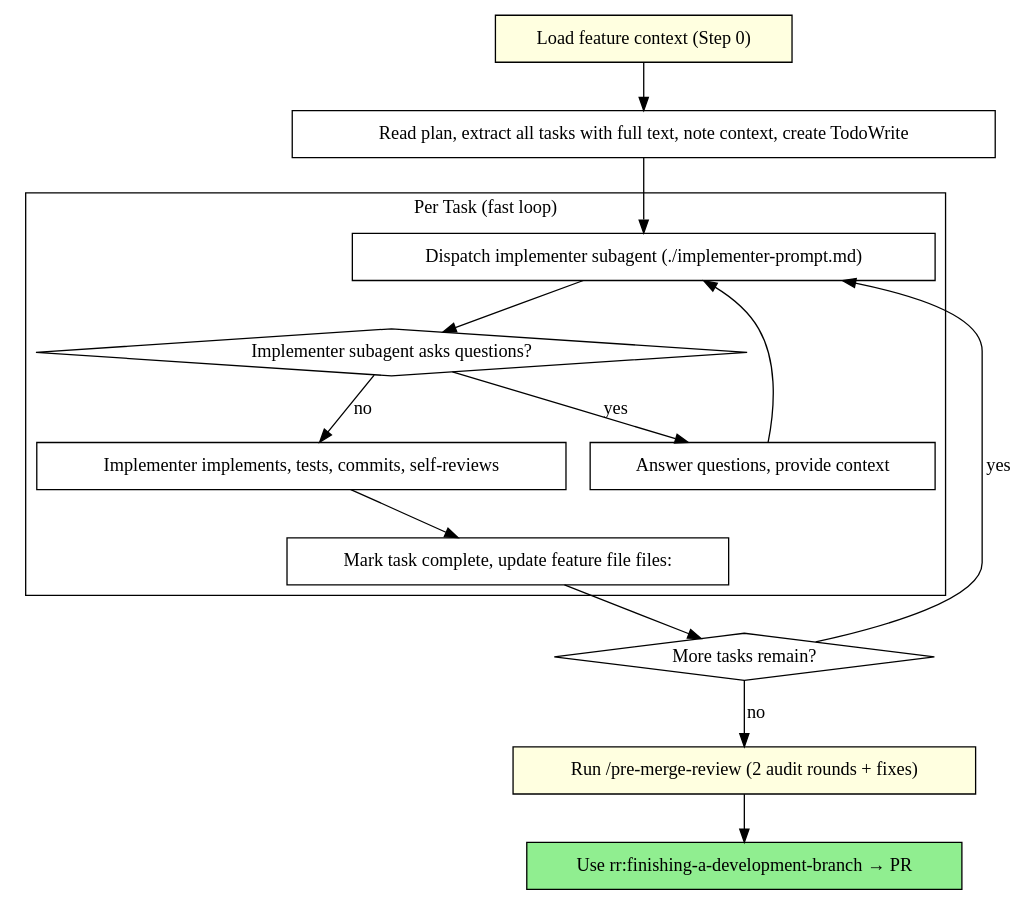
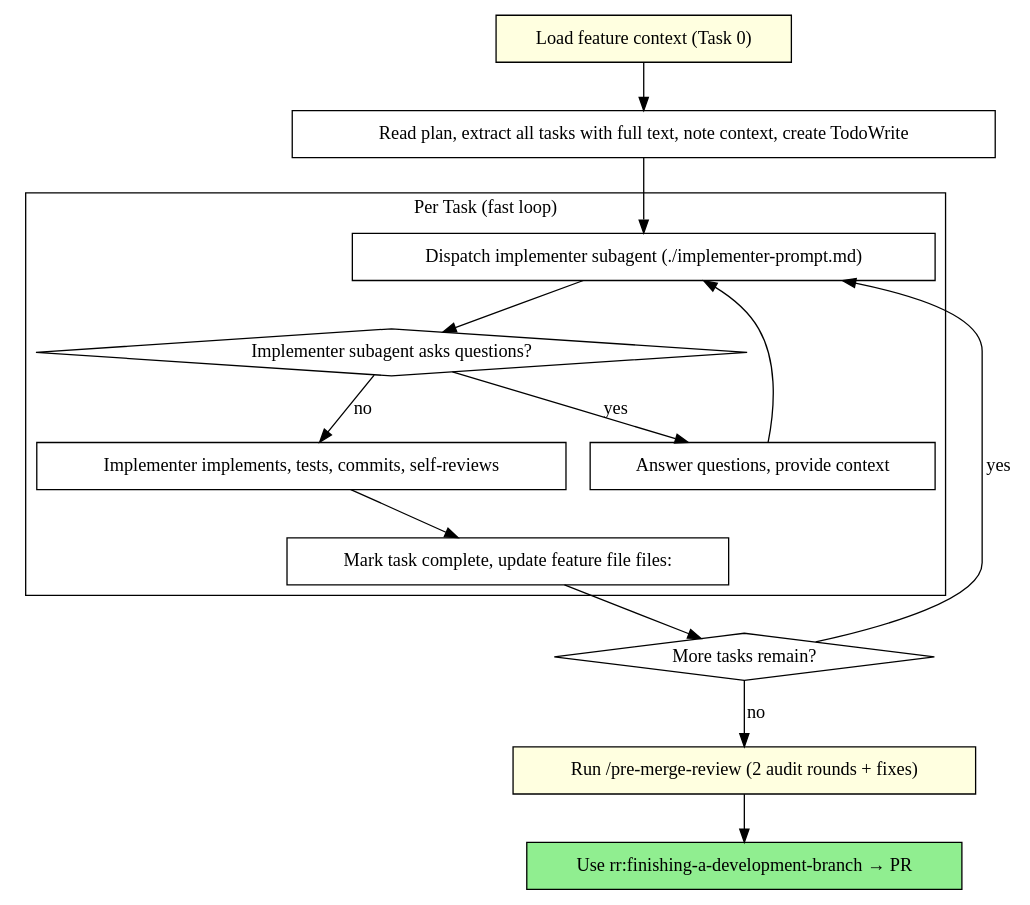
Before and after one commit to kulfix/rezavo-plugins: the second of 2 diagrams in plugins/rr/skills/subagent-driven-development/SKILL.md, drawn with Graphviz. The commit also changed other lines of this file and 13 other files, not shown here.

First line of the commit message:
refactor(rr): rename Step→Task in all 10 skills

````diff
--- a/plugins/rr/skills/subagent-driven-development/SKILL.md
+++ b/plugins/rr/skills/subagent-driven-development/SKILL.md
@@ -88,33 +88,33 @@
 ```dot
 digraph process {
     rankdir=TB;
 
-    "Load feature context (Step 0)" [shape=box style=filled fillcolor=lightyellow];
+    "Load feature context (Task 0)" [shape=box style=filled fillcolor=lightyellow];
 
     subgraph cluster_per_task {
         label="Per Task (fast loop)";
         "Dispatch implementer subagent (./implementer-prompt.md)" [shape=box];
         "Implementer subagent asks questions?" [shape=diamond];
         "Answer questions, provide context" [shape=box];
         "Implementer implements, tests, commits, self-reviews" [shape=box];
         "Mark task complete, update feature file files:" [shape=box];
     }
 
     "Read plan, extract all tasks with full text, note context, create TodoWrite" [shape=box];
     "More tasks remain?" [shape=diamond];
     "Run /pre-merge-review (2 audit rounds + fixes)" [shape=box style=filled fillcolor=lightyellow];
     "Use rr:finishing-a-development-branch → PR" [shape=box style=filled fillcolor=lightgreen];
 
-    "Load feature context (Step 0)" -> "Read plan, extract all tasks with full text, note context, create TodoWrite";
+    "Load feature context (Task 0)" -> "Read plan, extract all tasks with full text, note context, create TodoWrite";
     "Read plan, extract all tasks with full text, note context, create TodoWrite" -> "Dispatch implementer subagent (./implementer-prompt.md)";
     "Dispatch implementer subagent (./implementer-prompt.md)" -> "Implementer subagent asks questions?";
     "Implementer subagent asks questions?" -> "Answer questions, provide context" [label="yes"];
     "Answer questions, provide context" -> "Dispatch implementer subagent (./implementer-prompt.md)";
     "Implementer subagent asks questions?" -> "Implementer implements, tests, commits, self-reviews" [label="no"];
     "Implementer implements, tests, commits, self-reviews" -> "Mark task complete, update feature file files:";
     "Mark task complete, update feature file files:" -> "More tasks remain?";
     "More tasks remain?" -> "Dispatch implementer subagent (./implementer-prompt.md)" [label="yes"];
     "More tasks remain?" -> "Run /pre-merge-review (2 audit rounds + fixes)" [label="no"];
     "Run /pre-merge-review (2 audit rounds + fixes)" -> "Use rr:finishing-a-development-branch → PR";
 }
 ```
````
